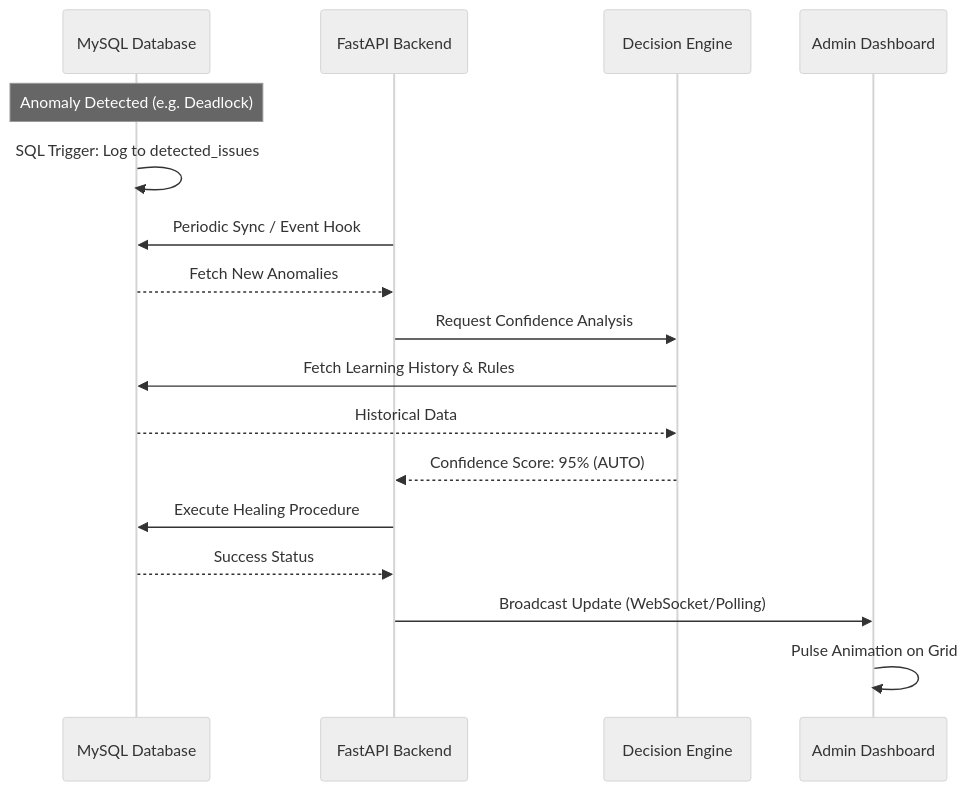
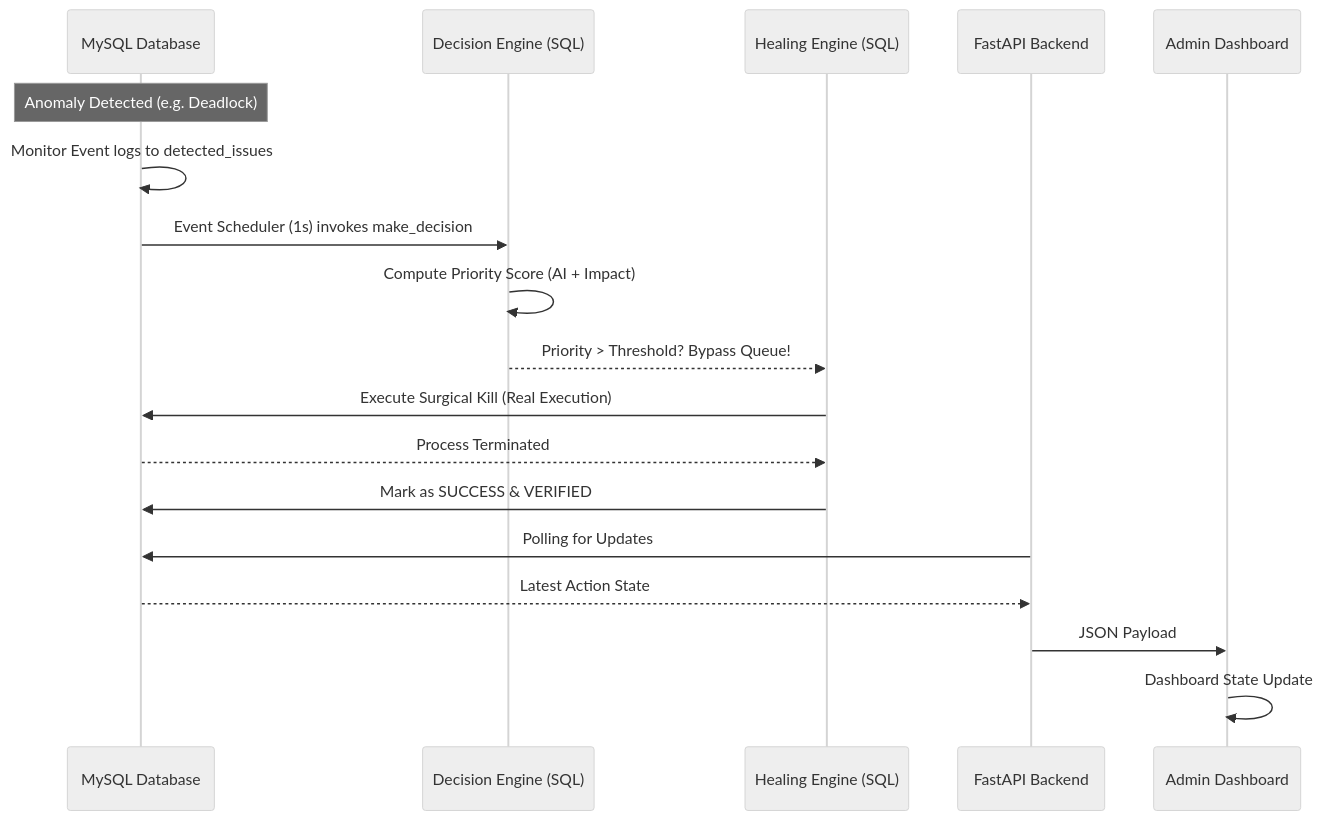
The second of 3 diagrams in docs/Architecture.md (TSR0705/DBMS_PROJECT_SELF-HEALING-DATABASE), drawn with Mermaid (neutral theme) before and after one commit. The commit also changed other lines of this file and 20 other files, not shown here.

````diff
--- a/docs/Architecture.md
+++ b/docs/Architecture.md
@@ -54,20 +50,21 @@
 ```mermaid
 sequenceDiagram
     participant DB as MySQL Database
+    participant DE as Decision Engine (SQL)
+    participant HE as Healing Engine (SQL)
     participant BE as FastAPI Backend
-    participant DE as Decision Engine
     participant UI as Admin Dashboard
 
     Note over DB: Anomaly Detected (e.g. Deadlock)
-    DB->>DB: SQL Trigger: Log to detected_issues
-    BE->>DB: Periodic Sync / Event Hook
-    DB-->>BE: Fetch New Anomalies
-    BE->>DE: Request Confidence Analysis
-    DE->>DB: Fetch Learning History & Rules
-    DB-->>DE: Historical Data
-    DE-->>BE: Confidence Score: 95% (AUTO)
-    BE->>DB: Execute Healing Procedure
-    DB-->>BE: Success Status
-    BE->>UI: Broadcast Update (WebSocket/Polling)
-    UI->>UI: Pulse Animation on Grid
+    DB->>DB: Monitor Event logs to detected_issues
+    DB->>DE: Event Scheduler (1s) invokes make_decision
+    DE->>DE: Compute Priority Score (AI + Impact)
+    DE-->>HE: Priority > Threshold? Bypass Queue!
+    HE->>DB: Execute Surgical Kill (Real Execution)
+    DB-->>HE: Process Terminated
+    HE->>DB: Mark as SUCCESS & VERIFIED
+    BE->>DB: Polling for Updates
+    DB-->>BE: Latest Action State
+    BE->>UI: JSON Payload
+    UI->>UI: Dashboard State Update
 ```
````
